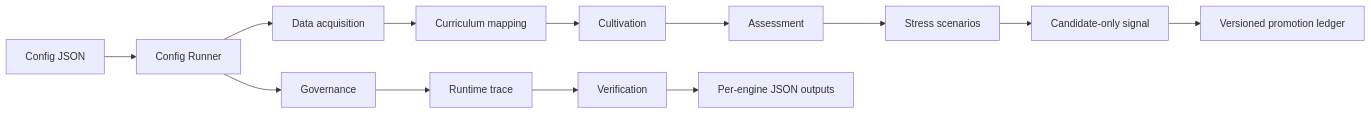
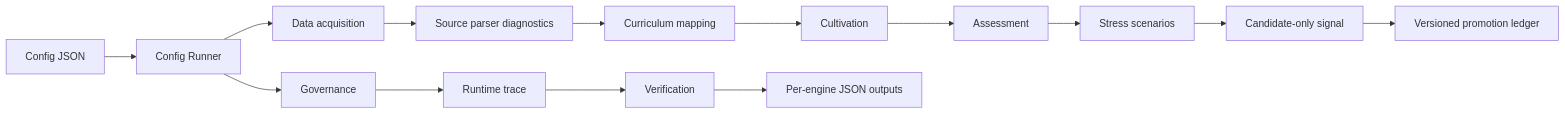
One commit to sinmb79/22b-paideia-engines changed the diagram in README.md. Above: the diagram before and after it, drawn with Mermaid. The commit also changed other lines of this file and 27 other files, not shown here.

Commit message:
feat: add phase 9 source diagnostics

````diff
--- a/README.md
+++ b/README.md
@@ -23,15 +24,16 @@
 ```mermaid
 flowchart LR
     Config["Config JSON"] --> Runner["Config Runner"]
     Runner --> Data["Data acquisition"]
-    Data --> Curriculum["Curriculum mapping"]
+    Data --> Parser["Source parser diagnostics"]
+    Parser --> Curriculum["Curriculum mapping"]
     Curriculum --> Cultivation["Cultivation"]
     Cultivation --> Assessment["Assessment"]
     Assessment --> Stress["Stress scenarios"]
     Stress --> Signal["Candidate-only signal"]
     Signal --> Promotion["Versioned promotion ledger"]
     Runner --> Governance["Governance"]
     Governance --> Runtime["Runtime trace"]
     Runtime --> Verification["Verification"]
     Verification --> Outputs["Per-engine JSON outputs"]
 ```
````
